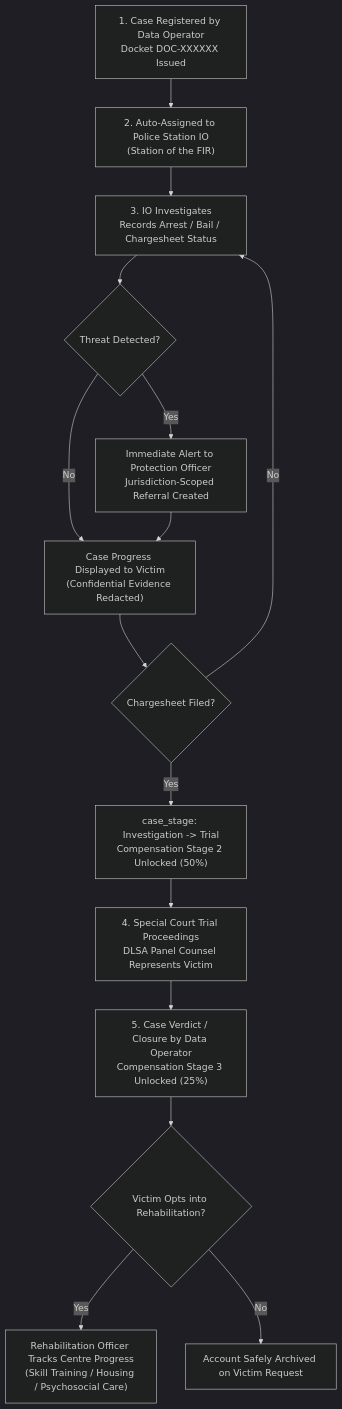
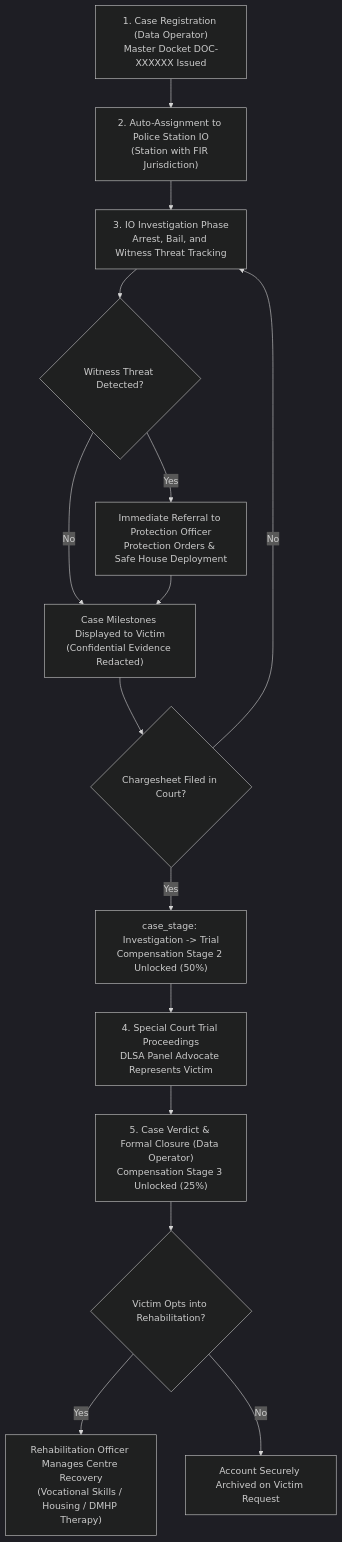
One commit to Ganga9115/Mansakha changed the third of 7 diagrams in Mansakha/README.md. Above: the diagram before and after it, drawn with Mermaid (dark theme). The commit also changed other lines of this file, not shown here.

Commit message:
docs: present README in pure architectural plan and logic format for evaluators

````diff
--- a/Mansakha/README.md
+++ b/Mansakha/README.md
@@ -129,21 +163,21 @@
 ```mermaid
 graph TD
-    Reg["1. Case Registered by Data Operator<br/>Docket DOC-XXXXXX Issued"] --> AssignIO["2. Auto-Assigned to Police Station IO<br/>(Station of the FIR)"]
-    AssignIO --> Investigate["3. IO Investigates<br/>Records Arrest / Bail / Chargesheet Status"]
+    Reg["1. Case Registration (Data Operator)<br/>Master Docket DOC-XXXXXX Issued"] --> AssignIO["2. Auto-Assignment to Police Station IO<br/>(Station with FIR Jurisdiction)"]
+    AssignIO --> Investigate["3. IO Investigation Phase<br/>Arrest, Bail, and Witness Threat Tracking"]
     
-    Investigate --> ThreatCheck{"Threat Detected?"}
-    ThreatCheck -->|Yes| AlertPO["Immediate Alert to Protection Officer<br/>Jurisdiction-Scoped Referral Created"]
-    ThreatCheck -->|No| CaseProgress["Case Progress Displayed to Victim<br/>(Confidential Evidence Redacted)"]
+    Investigate --> ThreatCheck{"Witness Threat Detected?"}
+    ThreatCheck -->|Yes| AlertPO["Immediate Referral to Protection Officer<br/>Protection Orders & Safe House Deployment"]
+    ThreatCheck -->|No| CaseProgress["Case Milestones Displayed to Victim<br/>(Confidential Evidence Redacted)"]
     AlertPO --> CaseProgress
     
-    CaseProgress --> Chargesheet{"Chargesheet Filed?"}
+    CaseProgress --> Chargesheet{"Chargesheet Filed in Court?"}
     Chargesheet -->|Yes| UnlockStage2["case_stage: Investigation -> Trial<br/>Compensation Stage 2 Unlocked (50%)"]
     Chargesheet -->|No| Investigate
     
-    UnlockStage2 --> Trial["4. Special Court Trial Proceedings<br/>DLSA Panel Counsel Represents Victim"]
-    Trial --> CaseClose["5. Case Verdict / Closure by Data Operator<br/>Compensation Stage 3 Unlocked (25%)"]
+    UnlockStage2 --> Trial["4. Special Court Trial Proceedings<br/>DLSA Panel Advocate Represents Victim"]
+    Trial --> CaseClose["5. Case Verdict & Formal Closure (Data Operator)<br/>Compensation Stage 3 Unlocked (25%)"]
     
     CaseClose --> RehabOptIn{"Victim Opts into Rehabilitation?"}
-    RehabOptIn -->|Yes| RehabCentre["Rehabilitation Officer Tracks Centre Progress<br/>(Skill Training / Housing / Psychosocial Care)"]
-    RehabOptIn -->|No| Deactivate["Account Safely Archived on Victim Request"]
+    RehabOptIn -->|Yes| RehabCentre["Rehabilitation Officer Manages Centre Recovery<br/>(Vocational Skills / Housing / DMHP Therapy)"]
+    RehabOptIn -->|No| Deactivate["Account Securely Archived on Victim Request"]
 ```
````
